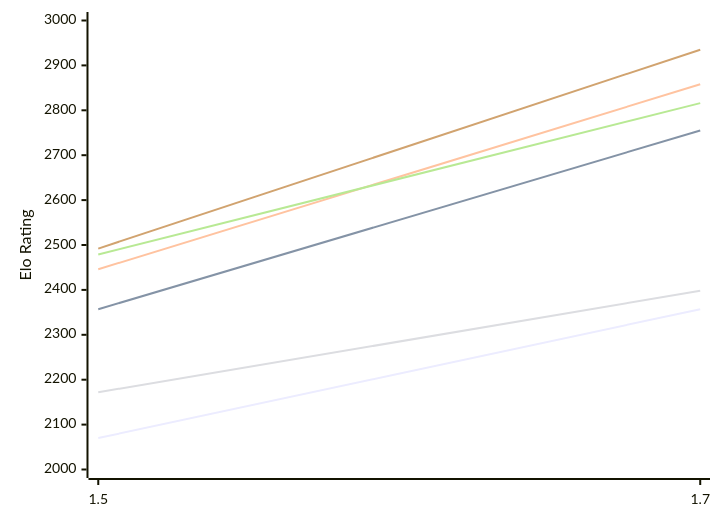
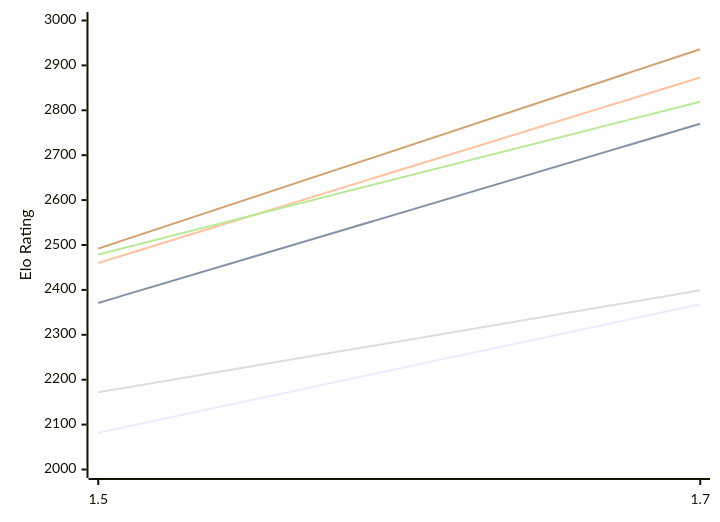
Before and after one commit to computer-chess-index/cci: the first of 2 diagrams in engines/Facon.md, drawn with Mermaid. The commit also changed other lines of this file, not shown here.

Commit message:
Update CCI Ratings (ELO VLTC) - 2026-10-22

````diff
--- a/engines/Facon.md
+++ b/engines/Facon.md
@@ -52,12 +52,12 @@
 ```mermaid
 %%{init: {"theme":"base","themeVariables":{"seriesColors:['#a3a3a3','#222221','#faa371']}}}%%
 xychart-beta
   x-axis ["1.5", "1.7"]
   y-axis "Elo Rating" 2000 --> 3000
-  line "E1: STC (8.0+0.08s)" [2070, 2357]
-  line "E1: LTC (60.0+0.60s)" [2357, 2755]
-  line "E1: VLTC (2m24s+1.12s)" [2446, 2858]
-  line "P1: STC (8.0+0.08s)" [2172, 2398]
-  line "P1: LTC (60.0+0.60s)" [2479, 2816]
-  line "P1: VLTC (2m24s+1.12s)" [2492, 2935]
+  line "E1: STC (8.0+0.08s)" [2082, 2368]
+  line "E1: LTC (60.0+0.60s)" [2371, 2770]
+  line "E1: VLTC (2m24s+1.12s)" [2460, 2873]
+  line "P1: STC (8.0+0.08s)" [2172, 2399]
+  line "P1: LTC (60.0+0.60s)" [2479, 2819]
+  line "P1: VLTC (2m24s+1.12s)" [2492, 2936]
 ```
````
